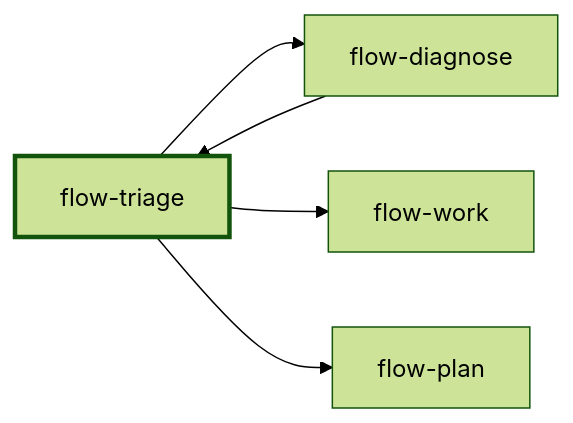
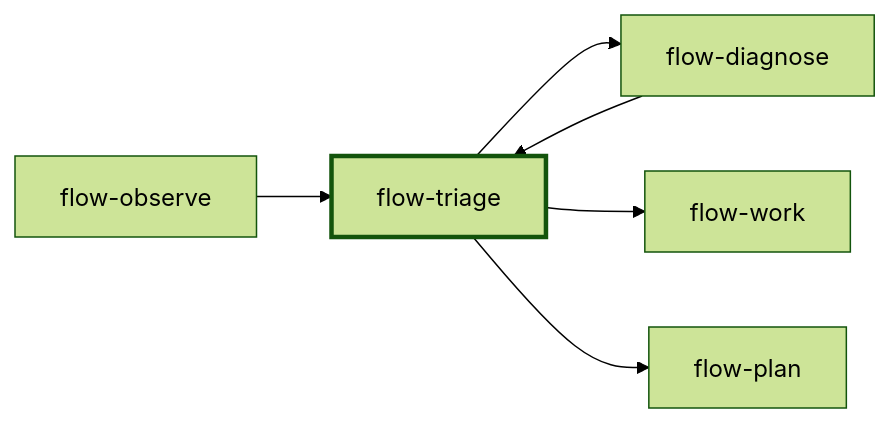
One commit to emiliodominguez/flow-skills changed the diagram in docs/skills/flow-triage.md. Above: the diagram before and after it, drawn with Mermaid (forest theme). The commit also changed other lines of this file and 76 other files, not shown here.

First line of the commit message:
feat(skills): add flow-api, flow-observe and flow-write-skill; trigger-first descriptions

````diff
--- a/docs/skills/flow-triage.md
+++ b/docs/skills/flow-triage.md
@@ -9,13 +9,15 @@
 ```mermaid
 flowchart LR
   flow_triage["flow-triage"]
   flow_diagnose["flow-diagnose"]
+  flow_observe["flow-observe"]
   flow_work["flow-work"]
   flow_plan["flow-plan"]
   flow_diagnose --> flow_triage
+  flow_observe --> flow_triage
   flow_triage --> flow_diagnose
   flow_triage --> flow_work
   flow_triage --> flow_plan
   classDef focus stroke-width:3px
   class flow_triage focus
 ```
````
